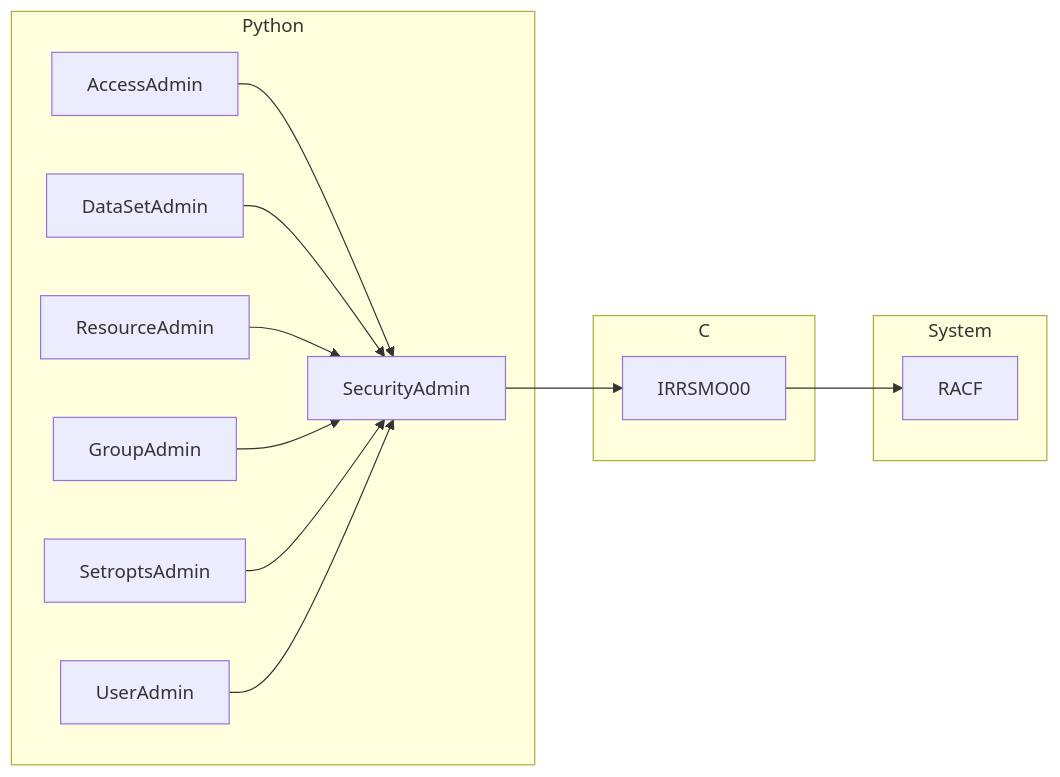
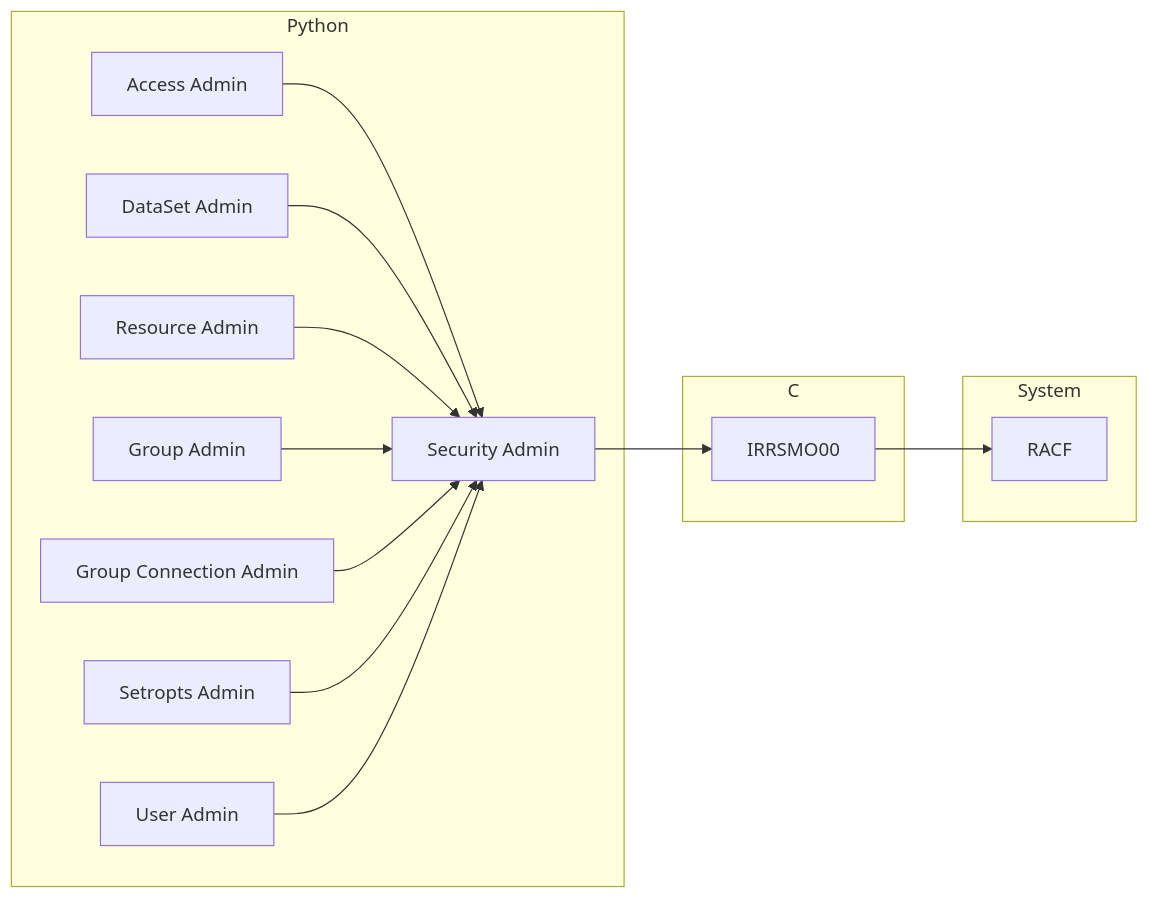
Before and after one commit to ambitus/pyracf: the diagram in index.md, drawn with Mermaid. The commit also changed 6 other files, not shown here.

Commit message:
Add logo and Group Connection Admin.

```diff
--- a/index.md
+++ b/index.md
@@ -49,17 +49,18 @@
 <pre class="mermaid">
   graph LR
     subgraph Python
-        AccessAdmin --> SecurityAdmin
-        DataSetAdmin --> SecurityAdmin
-        ResourceAdmin --> SecurityAdmin
-        GroupAdmin --> SecurityAdmin
-        SetroptsAdmin --> SecurityAdmin
-        UserAdmin --> SecurityAdmin
+        access[Access Admin] --> parent
+        dataset[DataSet Admin] --> parent
+        resource[Resource Admin] --> parent
+        group[Group Admin] --> parent
+        groupconnect[Group Connection Admin] --> parent
+        setropts[Setropts Admin] --> parent
+        user[User Admin] --> parent
     end
     subgraph C
-        SecurityAdmin --> IRRSMO00
+        parent[Security Admin] --> IRRSMO00
     end
     subgraph System
         IRRSMO00 --> RACF
     end
 </pre>
```
